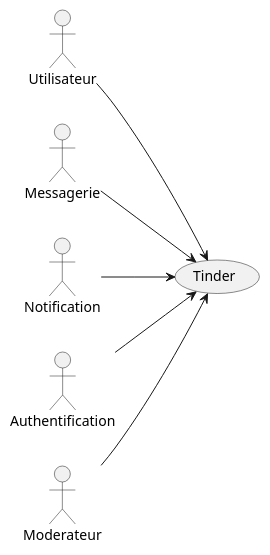
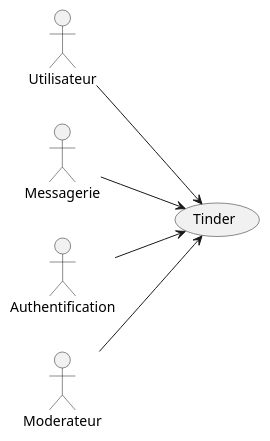
The diagram in src/Projet_Tinder_Cas_Statique.puml (MinaroliCorentin/PSO), drawn with PlantUML before and after one commit. The commit also changed 1 other file, not shown here.

```diff
--- a/src/Projet_Tinder_Cas_Statique.puml
+++ b/src/Projet_Tinder_Cas_Statique.puml
@@ -1,15 +1,13 @@
 @startuml
 left to right direction
 "Utilisateur" as User
 "Messagerie" as Messaging
-"Notification" as Notification
 "Authentification" as Auth
 "Moderateur" as Moderator
 "Tinder" as (AppliDeRencontire)
 
 User --> (AppliDeRencontire)
 Messaging --> (AppliDeRencontire)
-Notification --> (AppliDeRencontire)
 Auth --> (AppliDeRencontire)
 Moderator --> (AppliDeRencontire)
 @enduml
```
